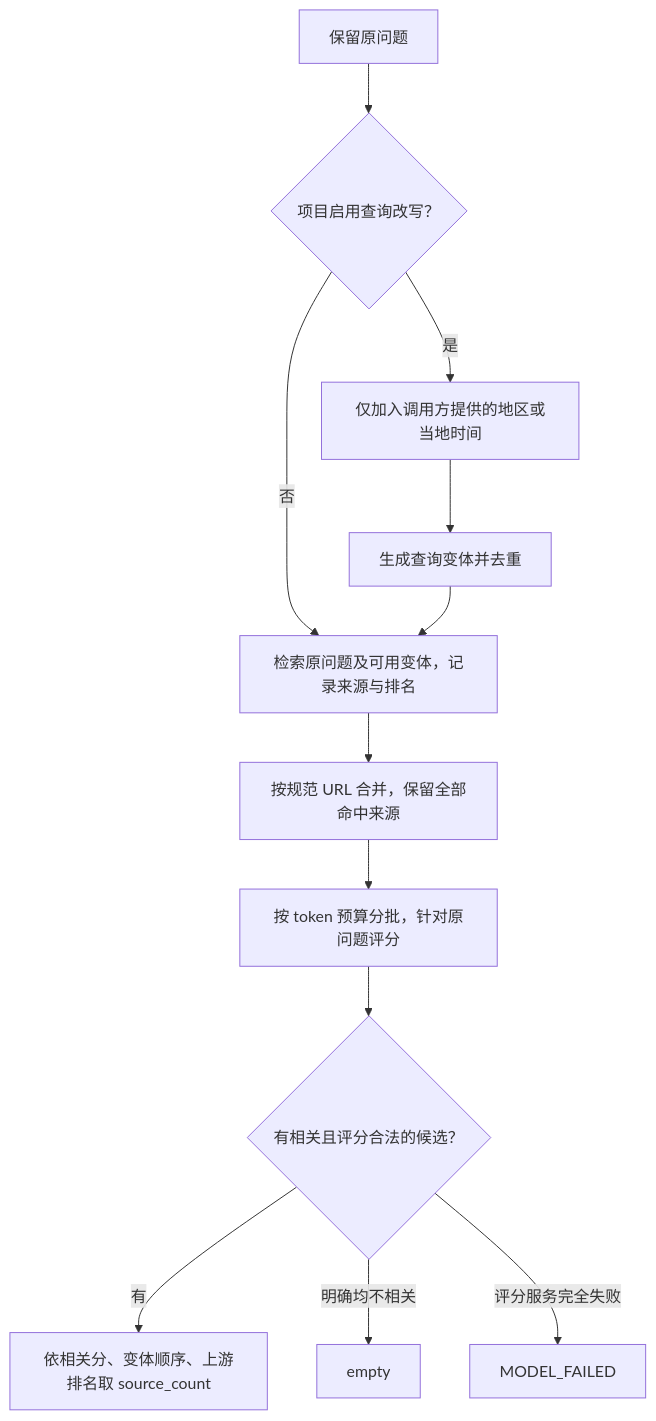
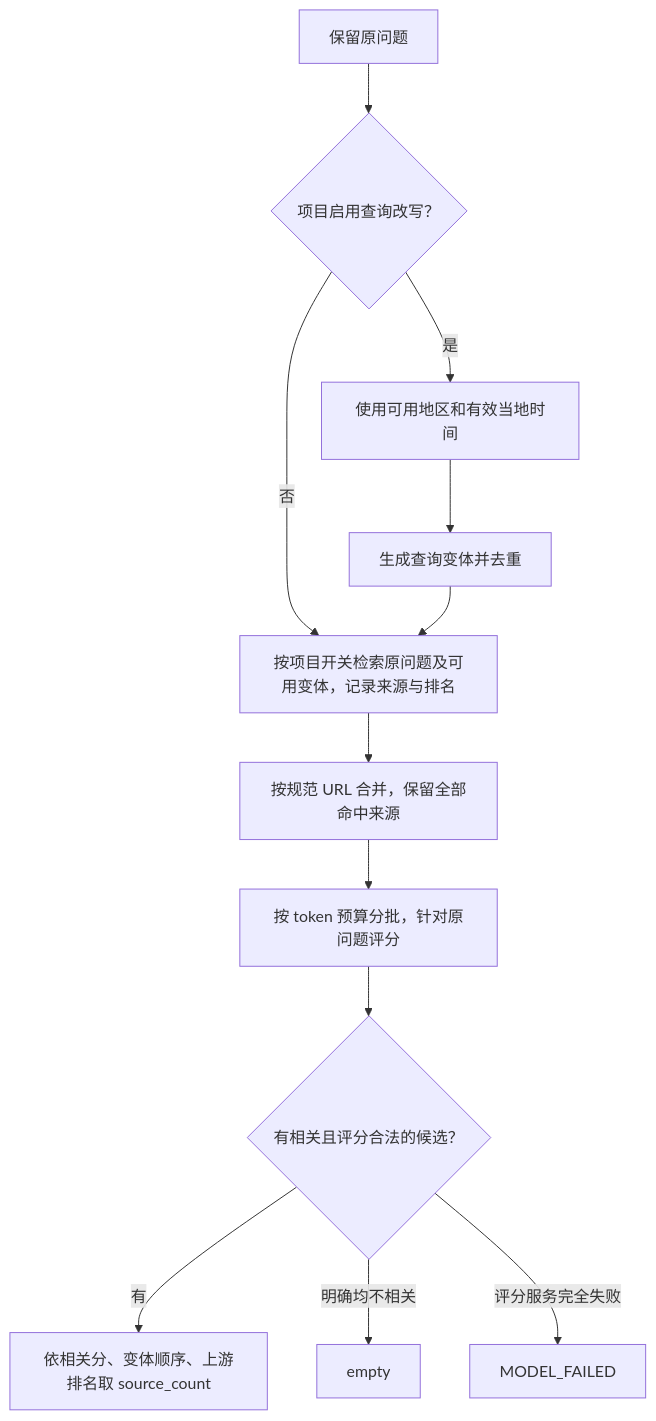
The third of 5 diagrams in docs/plan1/03-search-pipeline.md (Minecodex/OpenAgentSearch), drawn with Mermaid before and after one commit. The commit also changed other lines of this file and 276 other files, not shown here.

````diff
--- a/docs/plan1/03-search-pipeline.md
+++ b/docs/plan1/03-search-pipeline.md
@@ -48,14 +48,14 @@
 ```mermaid
 flowchart TD
     Q["保留原问题"] --> R{"项目启用查询改写？"}
-    R -->|否| S["检索原问题及可用变体，记录来源与排名"]
-    R -->|是| C["仅加入调用方提供的地区或当地时间"]
+    R -->|否| S["按项目开关检索原问题及可用变体，记录来源与排名"]
+    R -->|是| C["使用可用地区和有效当地时间"]
     C --> V["生成查询变体并去重"]
     V --> S
     S --> D["按规范 URL 合并，保留全部命中来源"]
     D --> B["按 token 预算分批，针对原问题评分"]
     B --> G{"有相关且评分合法的候选？"}
     G -->|有| N["依相关分、变体顺序、上游排名取 source_count"]
     G -->|明确均不相关| E["empty"]
     G -->|评分服务完全失败| F["MODEL_FAILED"]
 ```
````
